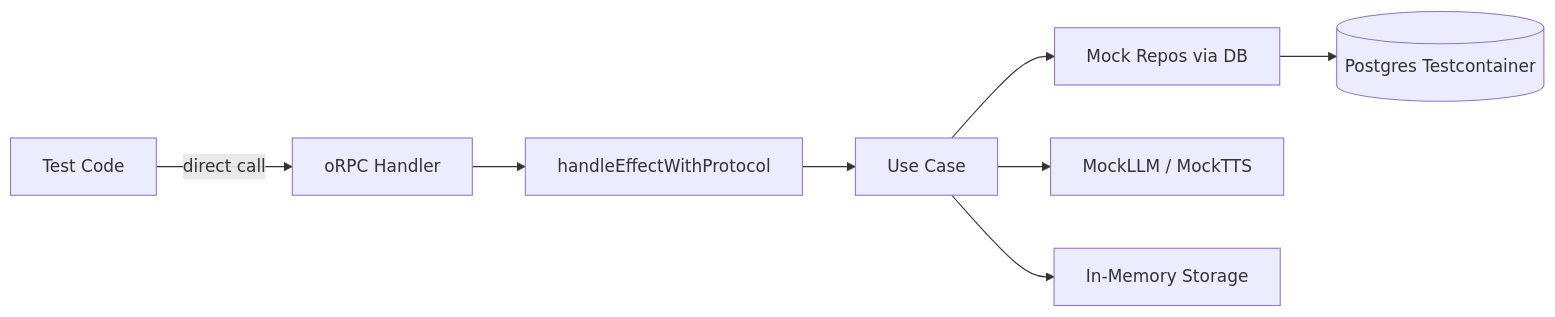
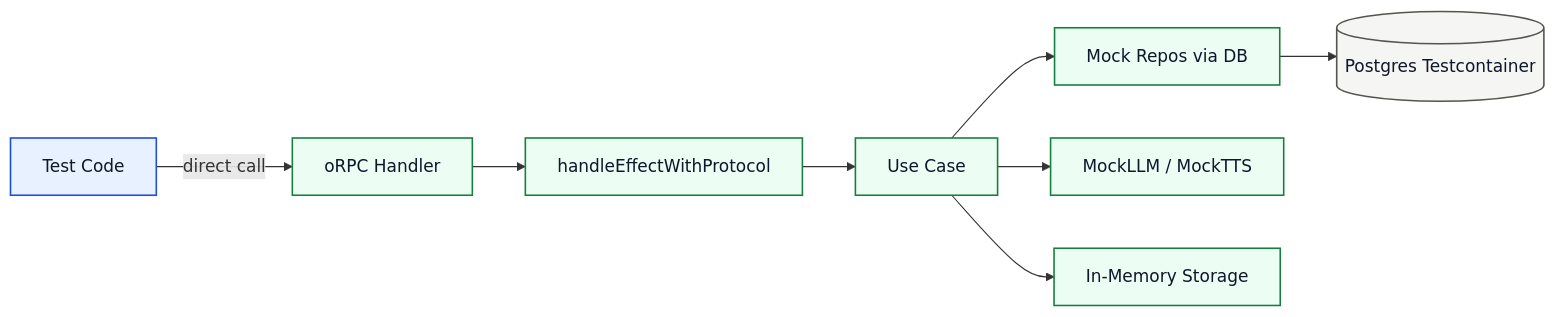
The diagram in docs/testing/integration-tests.md (brandonbryant12/content-studio), drawn with Mermaid before and after one commit. The commit also changed other lines of this file and 109 other files, not shown here.

````diff
--- a/docs/testing/integration-tests.md
+++ b/docs/testing/integration-tests.md
@@ -3,10 +3,20 @@
 ```mermaid
-graph LR
+flowchart LR
+  classDef entry fill:#e8f1ff,stroke:#1d4ed8,color:#0f172a,stroke-width:1.5px;
+  classDef runtime fill:#ecfdf3,stroke:#15803d,color:#0f172a,stroke-width:1.5px;
+  classDef async fill:#fff7ed,stroke:#c2410c,color:#0f172a,stroke-width:1.5px;
+  classDef store fill:#f5f5f4,stroke:#57534e,color:#0f172a,stroke-width:1.5px;
+  classDef control fill:#fef2f2,stroke:#b91c1c,color:#0f172a,stroke-width:1.5px;
+
   Test[Test Code] -->|direct call| Handler[oRPC Handler]
   Handler --> EH[handleEffectWithProtocol]
   EH --> UC[Use Case]
   UC --> MockRepo[Mock Repos via DB]
   UC --> MockAI[MockLLM / MockTTS]
   UC --> MockStorage[In-Memory Storage]
   MockRepo --> TestDB[(Postgres Testcontainer)]
+
+  class Test entry;
+  class Handler,EH,UC,MockRepo,MockAI,MockStorage runtime;
+  class TestDB store;
 ```
````
